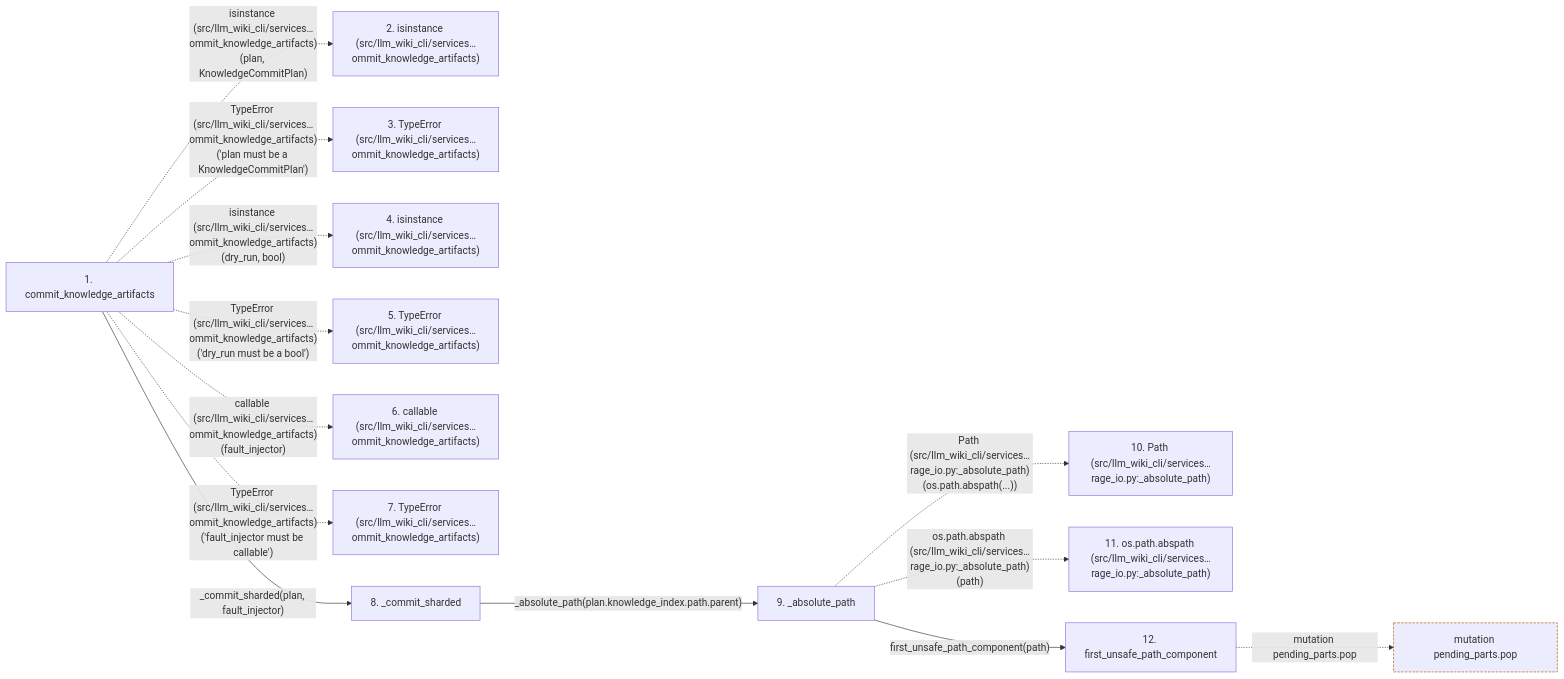
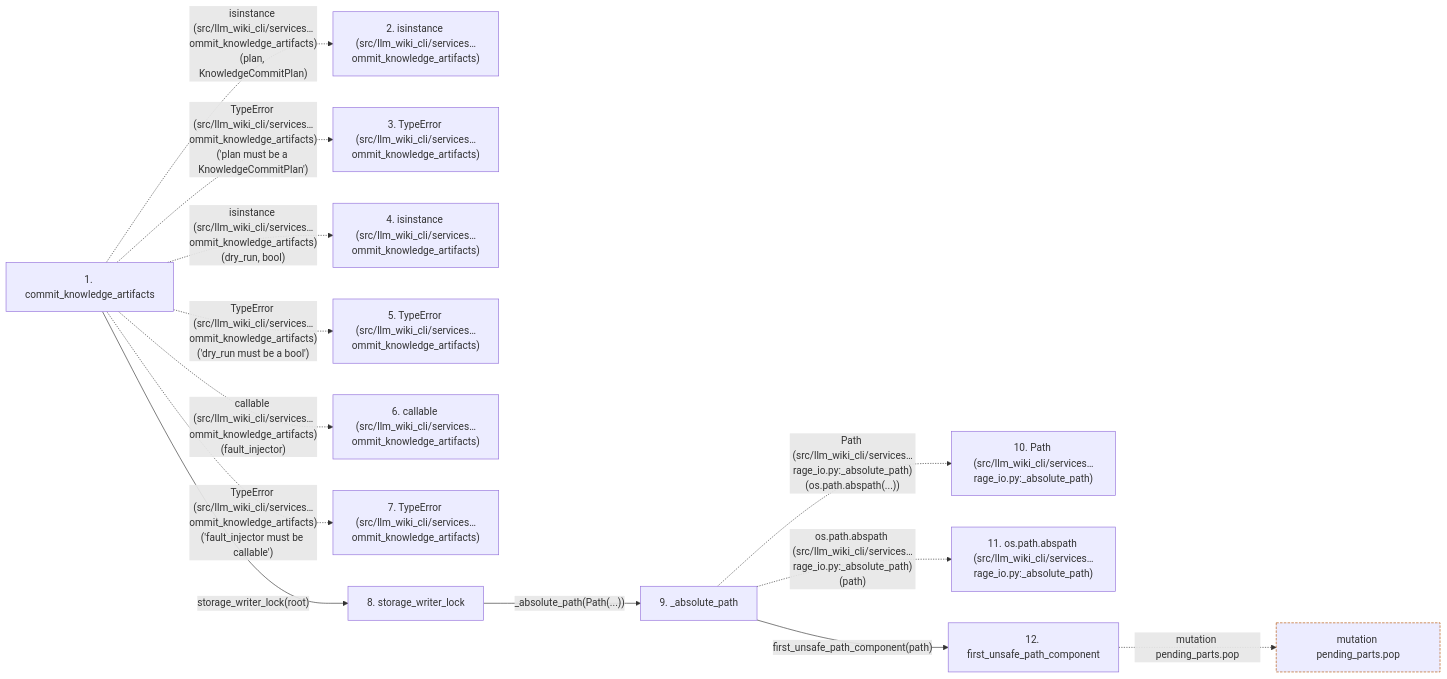
The second of 2 diagrams in docs/llm_wiki/flows/api-commit_knowledge_artifacts.md (Denissvgn/python-wiki-llm), drawn with Mermaid before and after one commit. The commit also changed other lines of this file and 1410 other files, not shown here.

````diff
--- a/docs/llm_wiki/flows/api-commit_knowledge_artifacts.md
+++ b/docs/llm_wiki/flows/api-commit_knowledge_artifacts.md
@@ -83,34 +110,34 @@
 ```mermaid
 flowchart LR
     s1["1. commit_knowledge_artifacts"]
     s2["2. isinstance (src/llm_wiki_cli/services…ommit_knowledge_artifacts)"]
     s3["3. TypeError (src/llm_wiki_cli/services…ommit_knowledge_artifacts)"]
     s4["4. isinstance (src/llm_wiki_cli/services…ommit_knowledge_artifacts)"]
     s5["5. TypeError (src/llm_wiki_cli/services…ommit_knowledge_artifacts)"]
     s6["6. callable (src/llm_wiki_cli/services…ommit_knowledge_artifacts)"]
     s7["7. TypeError (src/llm_wiki_cli/services…ommit_knowledge_artifacts)"]
-    s8["8. _commit_sharded"]
+    s8["8. storage_writer_lock"]
     s9["9. _absolute_path"]
     s10["10. Path (src/llm_wiki_cli/services…rage_io.py:_absolute_path)"]
     s11["11. os.path.abspath (src/llm_wiki_cli/services…rage_io.py:_absolute_path)"]
     s12["12. first_unsafe_path_component"]
     s1 -. "isinstance (src/llm_wiki_cli/services…ommit_knowledge_artifacts)(plan, KnowledgeCommitPlan)" .-> s2
     s1 -. "TypeError (src/llm_wiki_cli/services…ommit_knowledge_artifacts)('plan must be a KnowledgeCommitPlan')" .-> s3
     s1 -. "isinstance (src/llm_wiki_cli/services…ommit_knowledge_artifacts)(dry_run, bool)" .-> s4
     s1 -. "TypeError (src/llm_wiki_cli/services…ommit_knowledge_artifacts)('dry_run must be a bool')" .-> s5
     s1 -. "callable (src/llm_wiki_cli/services…ommit_knowledge_artifacts)(fault_injector)" .-> s6
     s1 -. "TypeError (src/llm_wiki_cli/services…ommit_knowledge_artifacts)('fault_injector must be callable')" .-> s7
-    s1 -->|"_commit_sharded(plan, fault_injector)"| s8
-    s8 -->|"_absolute_path(plan.knowledge_index.path.parent)"| s9
+    s1 -->|"storage_writer_lock(root)"| s8
+    s8 -->|"_absolute_path(Path(...))"| s9
     s9 -. "Path (src/llm_wiki_cli/services…rage_io.py:_absolute_path)(os.path.abspath(...))" .-> s10
     s9 -. "os.path.abspath (src/llm_wiki_cli/services…rage_io.py:_absolute_path)(path)" .-> s11
     s9 -->|"first_unsafe_path_component(path)"| s12
     b0["mutation pending_parts.pop"]
     s12 -. "mutation pending_parts.pop" .-> b0
     click s1 "../modules/knowledge_artifacts.md"
-    click s8 "../modules/knowledge_artifacts.md"
+    click s8 "../modules/maintenance_protocol.md"
     click s9 "../modules/knowledge_storage_io.md"
     click s12 "../modules/io.md"
     classDef boundary stroke:#b45309,stroke-dasharray: 4 2
     class b0 boundary
 ```
````
